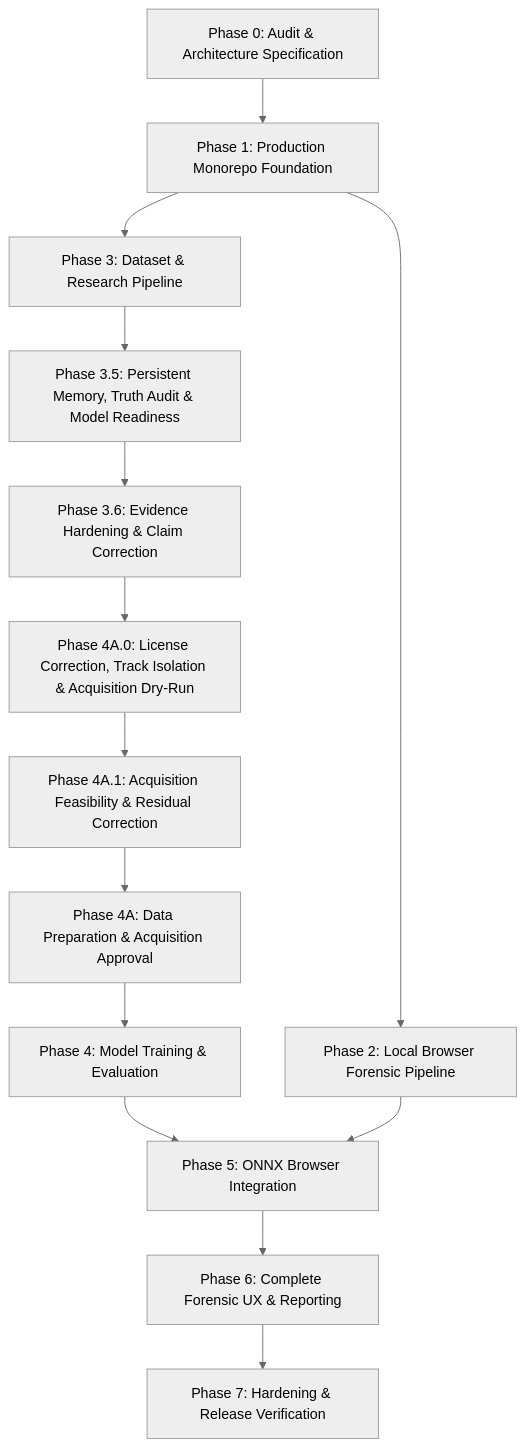
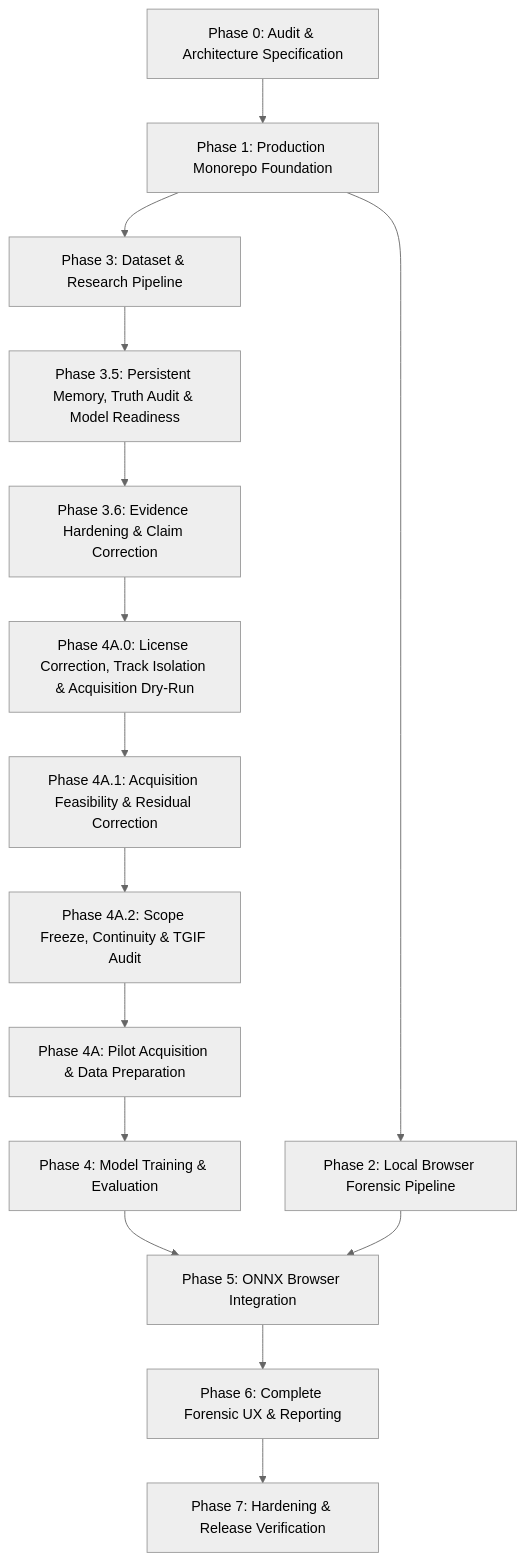
The diagram in docs/BACKLOG.md (nomozer/forensics-web-lab), drawn with Mermaid (neutral theme) before and after one commit. The commit also changed other lines of this file and 9 other files, not shown here.

Commit message:
docs: establish research continuity and freeze study scope

````diff
--- a/docs/BACKLOG.md
+++ b/docs/BACKLOG.md
@@ -5,16 +5,17 @@
 ```mermaid
 graph TD
   P0[Phase 0: Audit & Architecture Specification] --> P1[Phase 1: Production Monorepo Foundation]
   P1 --> P2[Phase 2: Local Browser Forensic Pipeline]
   P1 --> P3[Phase 3: Dataset & Research Pipeline]
   P3 --> P35[Phase 3.5: Persistent Memory, Truth Audit & Model Readiness]
   P35 --> P36[Phase 3.6: Evidence Hardening & Claim Correction]
   P36 --> P4A0[Phase 4A.0: License Correction, Track Isolation & Acquisition Dry-Run]
   P4A0 --> P4A1[Phase 4A.1: Acquisition Feasibility & Residual Correction]
-  P4A1 --> P4A[Phase 4A: Data Preparation & Acquisition Approval]
+  P4A1 --> P4A2[Phase 4A.2: Scope Freeze, Continuity & TGIF Audit]
+  P4A2 --> P4A[Phase 4A: Pilot Acquisition & Data Preparation]
   P4A --> P4[Phase 4: Model Training & Evaluation]
   P4 --> P5[Phase 5: ONNX Browser Integration]
   P2 --> P5
   P5 --> P6[Phase 6: Complete Forensic UX & Reporting]
   P6 --> P7[Phase 7: Hardening & Release Verification]
 ```
````
